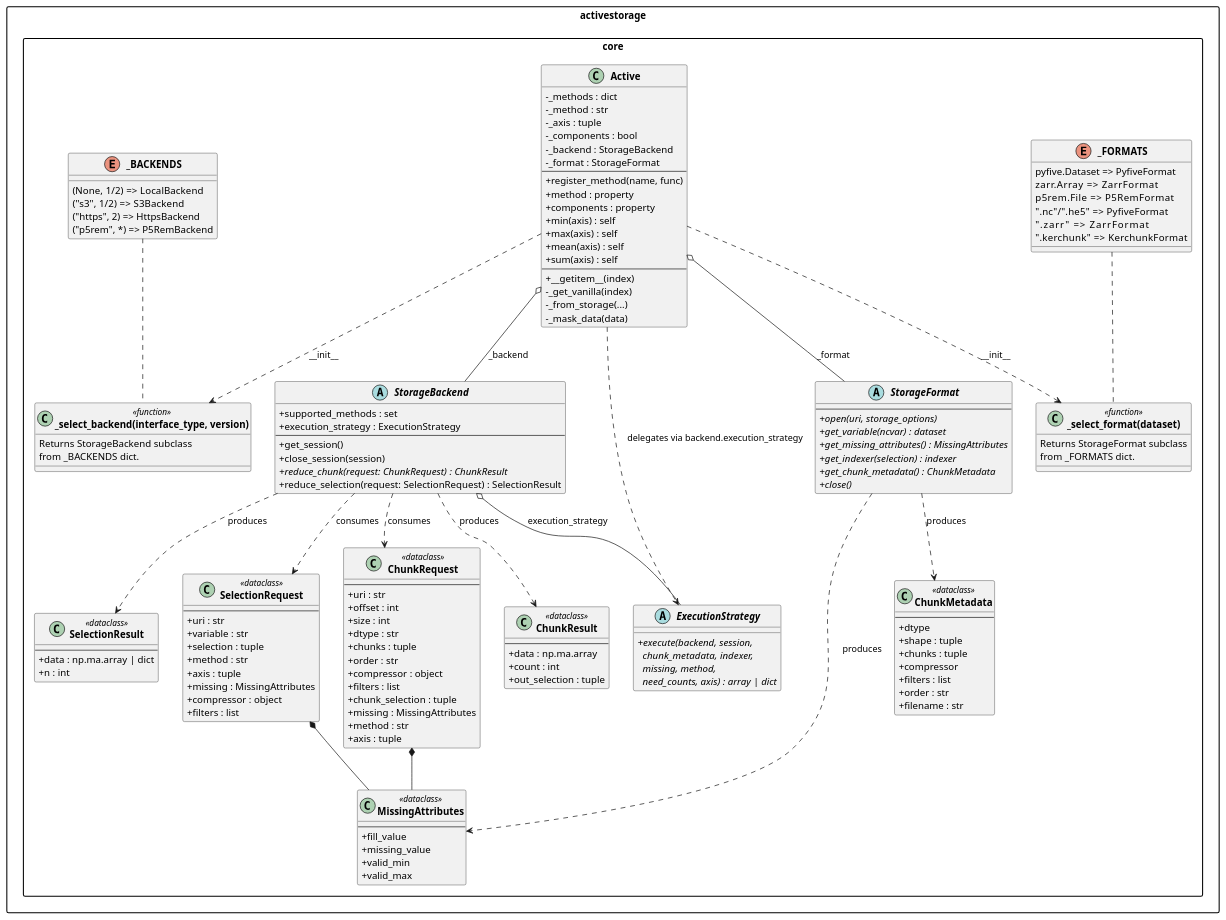
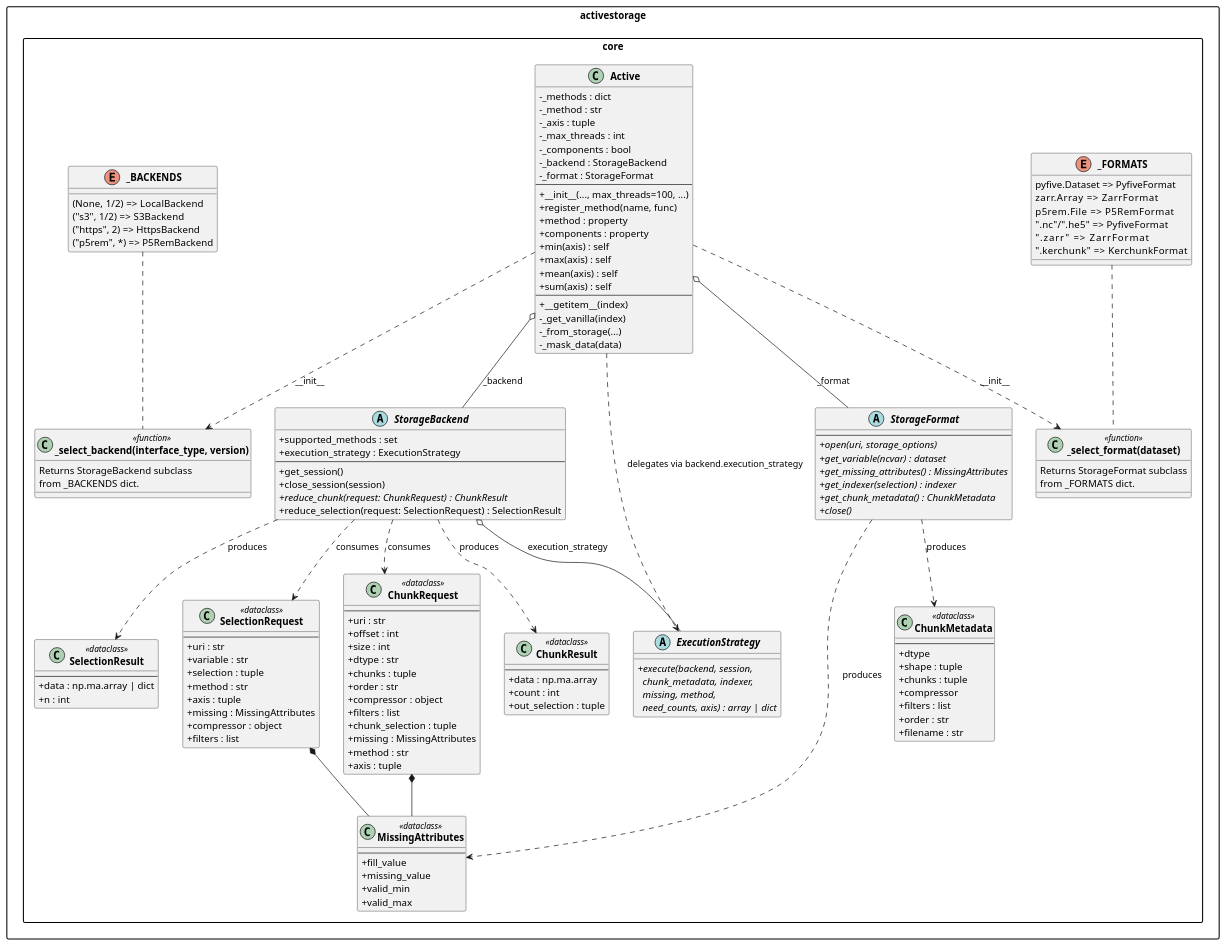
The first of 2 diagrams in docs4understanding/active_refactor_v7.puml (NCAS-CMS/PyActiveStorage), drawn with PlantUML before and after one commit. The commit also changed other lines of this file and 4 other files, not shown here.

```diff
--- a/docs4understanding/active_refactor_v7.puml
+++ b/docs4understanding/active_refactor_v7.puml
@@ -1,168 +1,170 @@
 @startuml active_refactor_v7_core
 
 skinparam classAttributeIconSize 0
 skinparam classFontStyle bold
 skinparam packageStyle rectangle
 
 ' ------------------------------------------------------------------
 ' Diagram 1: core only
 ' ------------------------------------------------------------------
 
 package "activestorage.core" {
 
     class SelectionRequest <<dataclass>> {
         --
         + uri : str
         + variable : str
         + selection : tuple
         + method : str
         + axis : tuple
         + missing : MissingAttributes
         + compressor : object
         + filters : list
     }
 
     class ChunkRequest <<dataclass>> {
         --
         + uri : str
         + offset : int
         + size : int
         + dtype : str
         + chunks : tuple
         + order : str
         + compressor : object
         + filters : list
         + chunk_selection : tuple
         + missing : MissingAttributes
         + method : str
         + axis : tuple
     }
 
     class MissingAttributes <<dataclass>> {
         --
         + fill_value
         + missing_value
         + valid_min
         + valid_max
     }
 
     class ChunkMetadata <<dataclass>> {
         --
         + dtype
         + shape : tuple
         + chunks : tuple
         + compressor
         + filters : list
         + order : str
         + filename : str
     }
 
     class ChunkResult <<dataclass>> {
         --
         + data : np.ma.array
         + count : int
         + out_selection : tuple
     }
 
     class SelectionResult <<dataclass>> {
         --
         + data : np.ma.array | dict
         + n : int
     }
 
     abstract class StorageFormat {
         --
         + {abstract} open(uri, storage_options)
         + {abstract} get_variable(ncvar) : dataset
         + {abstract} get_missing_attributes() : MissingAttributes
         + {abstract} get_indexer(selection) : indexer
         + {abstract} get_chunk_metadata() : ChunkMetadata
         + {abstract} close()
     }
 
     abstract class StorageBackend {
         + supported_methods : set
         + execution_strategy : ExecutionStrategy
         --
         + get_session()
         + close_session(session)
         + {abstract} reduce_chunk(request: ChunkRequest) : ChunkResult
         + reduce_selection(request: SelectionRequest) : SelectionResult
     }
 
     abstract class ExecutionStrategy {
         + {abstract} execute(backend, session,\n  chunk_metadata, indexer,\n  missing, method,\n  need_counts, axis) : array | dict
     }
 
     class "_select_backend(interface_type, version)" as SelectBackend <<function>> {
         Returns StorageBackend subclass
         from _BACKENDS dict.
     }
 
     class "_select_format(dataset)" as SelectFormat <<function>> {
         Returns StorageFormat subclass
         from _FORMATS dict.
     }
 
     enum "_BACKENDS" as BackendRegistry {
         (None, 1/2)  => LocalBackend
         ("s3", 1/2)  => S3Backend
         ("https", 2) => HttpsBackend
         ("p5rem", *) => P5RemBackend
     }
 
     enum "_FORMATS" as FormatRegistry {
         pyfive.Dataset => PyfiveFormat
         zarr.Array     => ZarrFormat
         p5rem.File     => P5RemFormat
         ".nc"/".he5"   => PyfiveFormat
         ".zarr"        => ZarrFormat
         ".kerchunk"    => KerchunkFormat
     }
 
     class Active {
         - _methods : dict
         - _method : str
         - _axis : tuple
+        - _max_threads : int
         - _components : bool
         - _backend : StorageBackend
         - _format : StorageFormat
         --
+        + __init__(..., max_threads=100, ...)
         + register_method(name, func)
         + method : property
         + components : property
         + min(axis) : self
         + max(axis) : self
         + mean(axis) : self
         + sum(axis) : self
         --
         + __getitem__(index)
         - _get_vanilla(index)
         - _from_storage(...)
         - _mask_data(data)
     }
 
     BackendRegistry .. SelectBackend
     FormatRegistry  .. SelectFormat
 
     Active o-- StorageBackend : _backend
     Active o-- StorageFormat  : _format
     Active ..> SelectBackend  : __init__
     Active ..> SelectFormat   : __init__
     Active ..> ExecutionStrategy : delegates via backend.execution_strategy
 
     StorageBackend o-- ExecutionStrategy : execution_strategy
 
     StorageBackend ..> ChunkRequest     : consumes
     StorageBackend ..> ChunkResult      : produces
     StorageBackend ..> SelectionRequest : consumes
     StorageBackend ..> SelectionResult  : produces
 
     StorageFormat ..> ChunkMetadata     : produces
     StorageFormat ..> MissingAttributes : produces
 
     ChunkRequest *-- MissingAttributes
     SelectionRequest *-- MissingAttributes
 }
 
 @enduml
```
